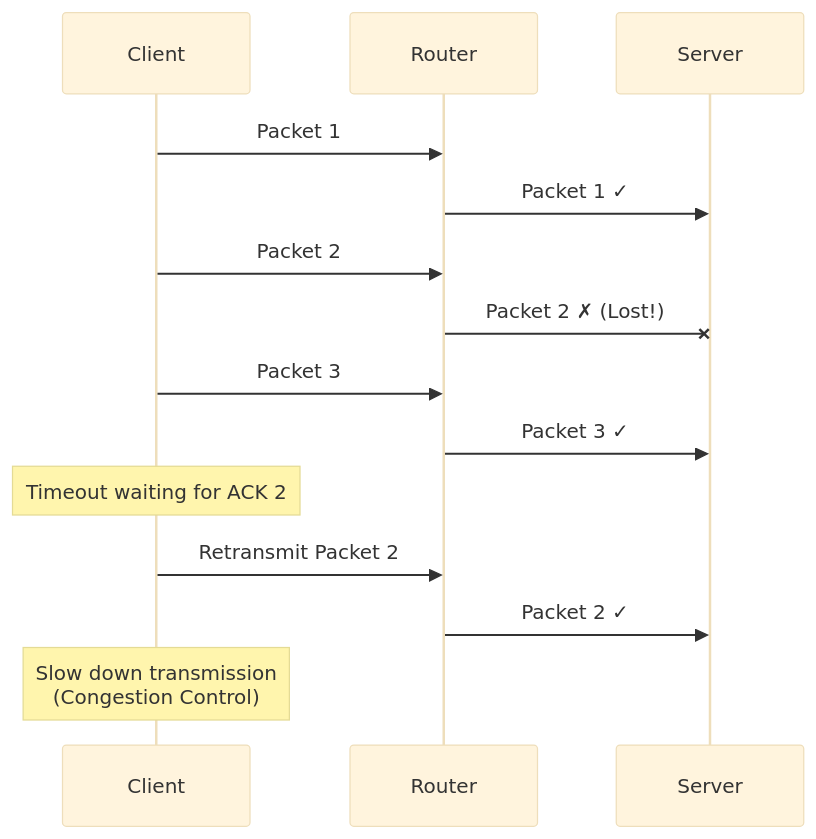
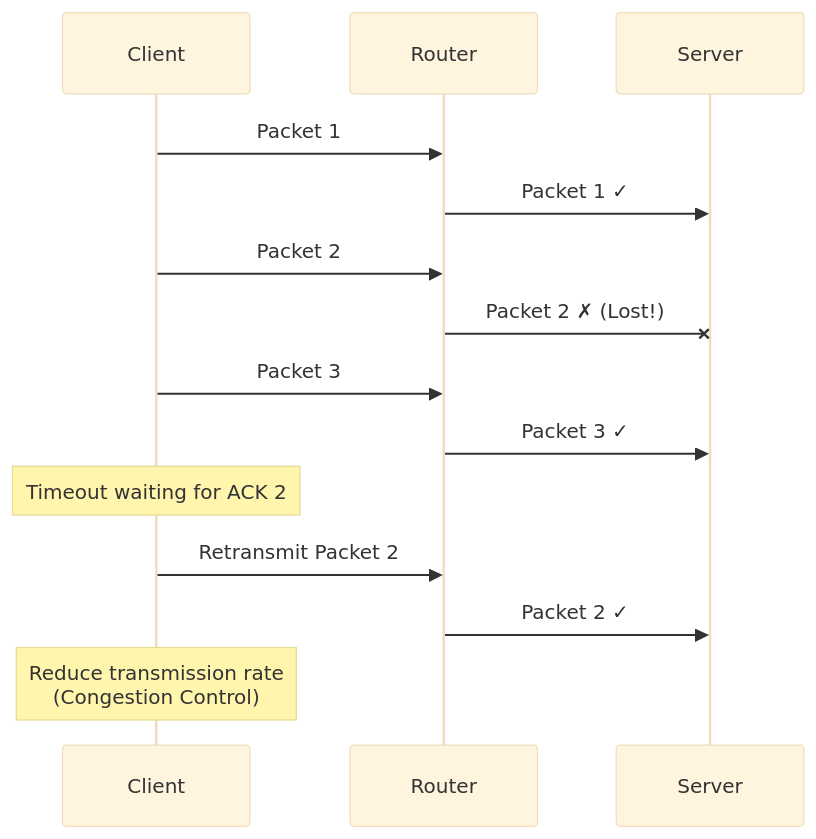
The eighth of 11 diagrams in README.md (work8tech/networking-through-VMs), drawn with Mermaid (base theme) before and after one commit. The commit also changed other lines of this file, not shown here.

````diff
--- a/README.md
+++ b/README.md
@@ -216,17 +247,17 @@
 ```mermaid
 sequenceDiagram
     participant A as Client
     participant B as Router
     participant C as Server
     
     A->>B: Packet 1
     B->>C: Packet 1 ✓
     A->>B: Packet 2
     B-xC: Packet 2 ✗ (Lost!)
     A->>B: Packet 3
     B->>C: Packet 3 ✓
     Note over A: Timeout waiting for ACK 2
     A->>B: Retransmit Packet 2
     B->>C: Packet 2 ✓
-    Note over A: Slow down transmission<br/>(Congestion Control)
+    Note over A: Reduce transmission rate<br/>(Congestion Control)
 ```
````
